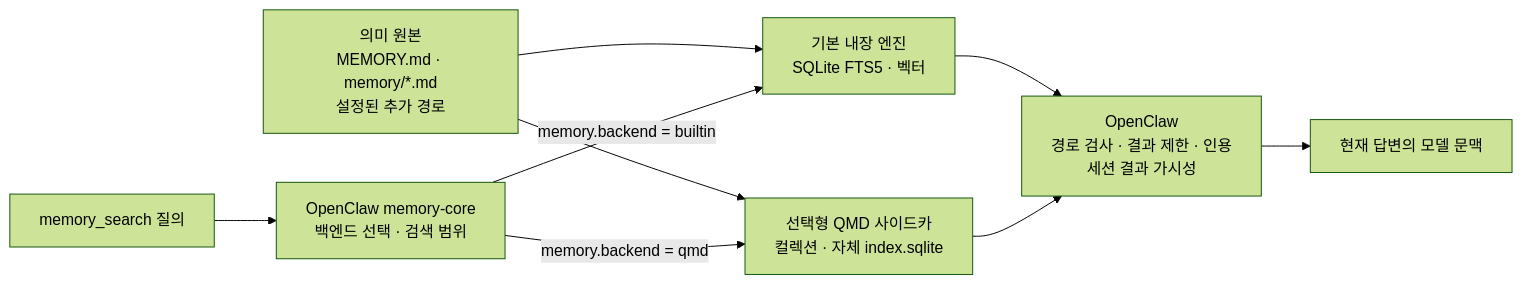
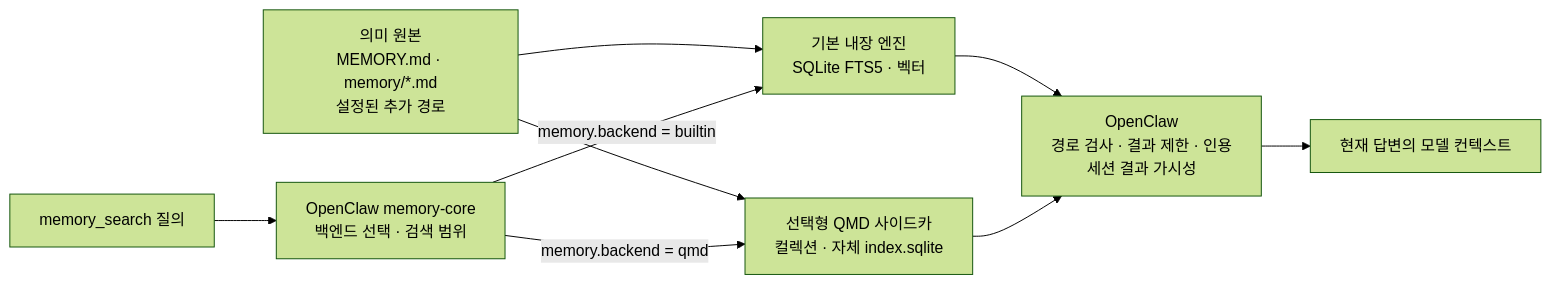
Before and after one commit to isingmodel/openclaw-memory-chronicle: the fourth of 4 diagrams in openclaw-memory-ko/01-current-architecture.md, drawn with Mermaid (forest theme). The commit also changed other lines of this file and 17 other files, not shown here.

````diff
--- a/openclaw-memory-ko/01-current-architecture.md
+++ b/openclaw-memory-ko/01-current-architecture.md
@@ -372,19 +380,19 @@
 ```mermaid
 flowchart LR
     SRC["의미 원본<br/>MEMORY.md · memory/*.md<br/>설정된 추가 경로"]
     ASK["memory_search 질의"]
     HOST["OpenClaw memory-core<br/>백엔드 선택 · 검색 범위"]
     BUILTIN["기본 내장 엔진<br/>SQLite FTS5 · 벡터"]
     QMD["선택형 QMD 사이드카<br/>컬렉션 · 자체 index.sqlite"]
     GUARD["OpenClaw<br/>경로 검사 · 결과 제한 · 인용<br/>세션 결과 가시성"]
-    CTX["현재 답변의 모델 문맥"]
+    CTX["현재 답변의 모델 컨텍스트"]
 
     SRC --> BUILTIN
     SRC --> QMD
     ASK --> HOST
     HOST -->|"memory.backend = builtin"| BUILTIN
     HOST -->|"memory.backend = qmd"| QMD
     BUILTIN --> GUARD
     QMD --> GUARD
     GUARD --> CTX
 ```
````
